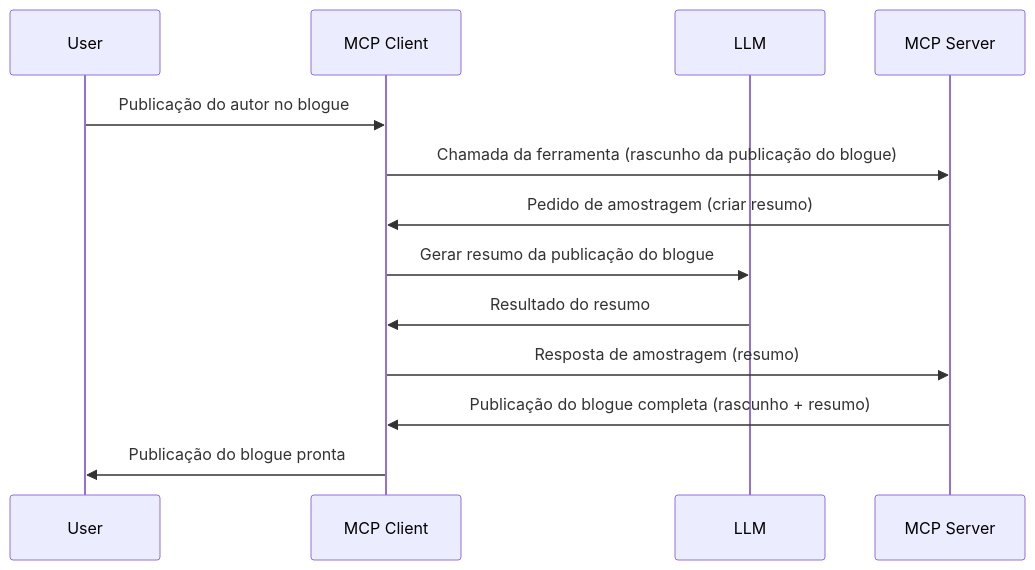
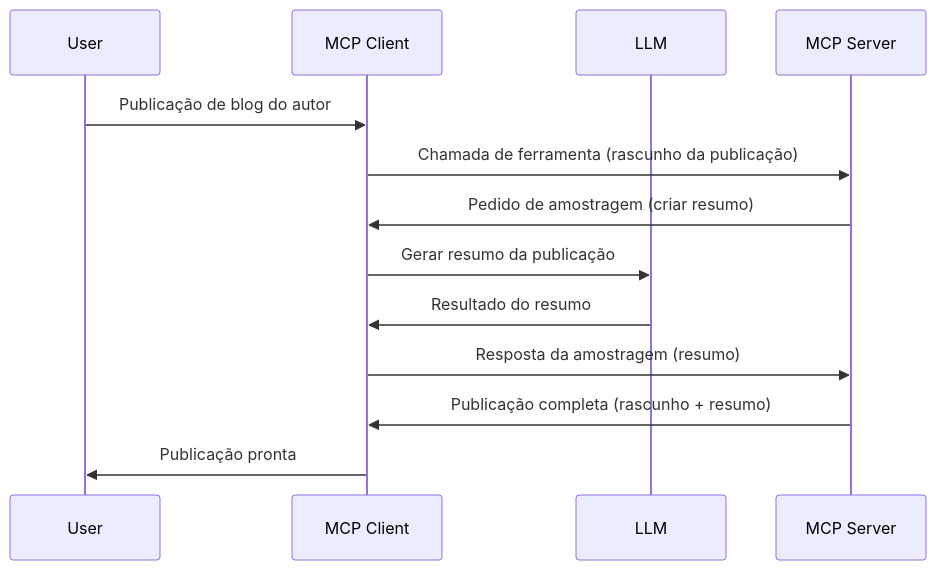
Before and after one commit to HIDORAKAI002/ai-workspace-archive: the diagram in mcp_ecosystem__model_context_protocol/mcp_learning_resources/mcp-for-beginners/translations/pt-PT/03-GettingStarted/14-sampling/README.md, drawn with Mermaid. The commit also changed other lines of this file and 5721 other files, not shown here.

Commit message:
chore(sync): update MCP Python SDK, MCP TypeScript SDK, Supabase MCP, Kubernetes MCP Server, Git MCP, MCP Agent, Awesome ChatGPT Prompts, Langfuse, +62 more

````diff
--- a/mcp_ecosystem__model_context_protocol/mcp_learning_resources/mcp-for-beginners/translations/pt-PT/03-GettingStarted/14-sampling/README.md
+++ b/mcp_ecosystem__model_context_protocol/mcp_learning_resources/mcp-for-beginners/translations/pt-PT/03-GettingStarted/14-sampling/README.md
@@ -25,16 +27,16 @@
 ```mermaid
 sequenceDiagram
     participant User
     participant MCP Client
     participant LLM
     participant MCP Server
 
-    User->>MCP Client: Publicação do autor no blogue
-    MCP Client->>MCP Server: Chamada da ferramenta (rascunho da publicação do blogue)
+    User->>MCP Client: Publicação de blog do autor
+    MCP Client->>MCP Server: Chamada de ferramenta (rascunho da publicação)
     MCP Server->>MCP Client: Pedido de amostragem (criar resumo)
-    MCP Client->>LLM: Gerar resumo da publicação do blogue
+    MCP Client->>LLM: Gerar resumo da publicação
     LLM->>MCP Client: Resultado do resumo
-    MCP Client->>MCP Server: Resposta de amostragem (resumo)
-    MCP Server->>MCP Client: Publicação do blogue completa (rascunho + resumo)
-    MCP Client->>User: Publicação do blogue pronta
+    MCP Client->>MCP Server: Resposta da amostragem (resumo)
+    MCP Server->>MCP Client: Publicação completa (rascunho + resumo)
+    MCP Client->>User: Publicação pronta
 ```
````
